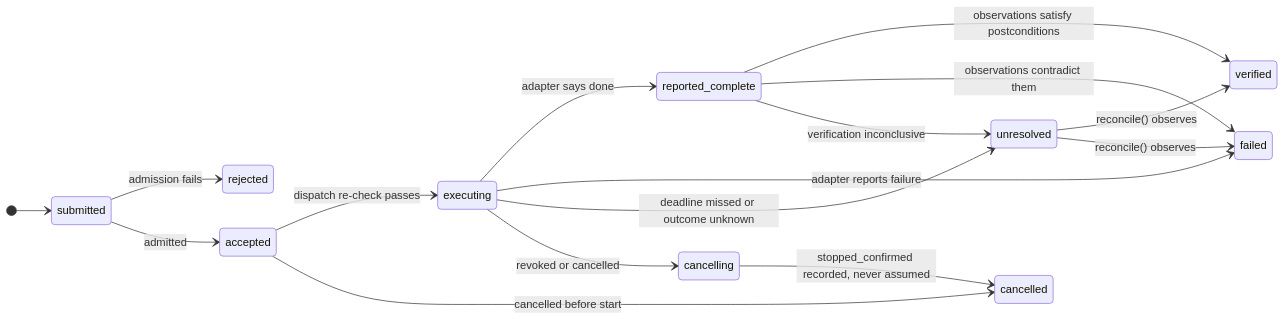
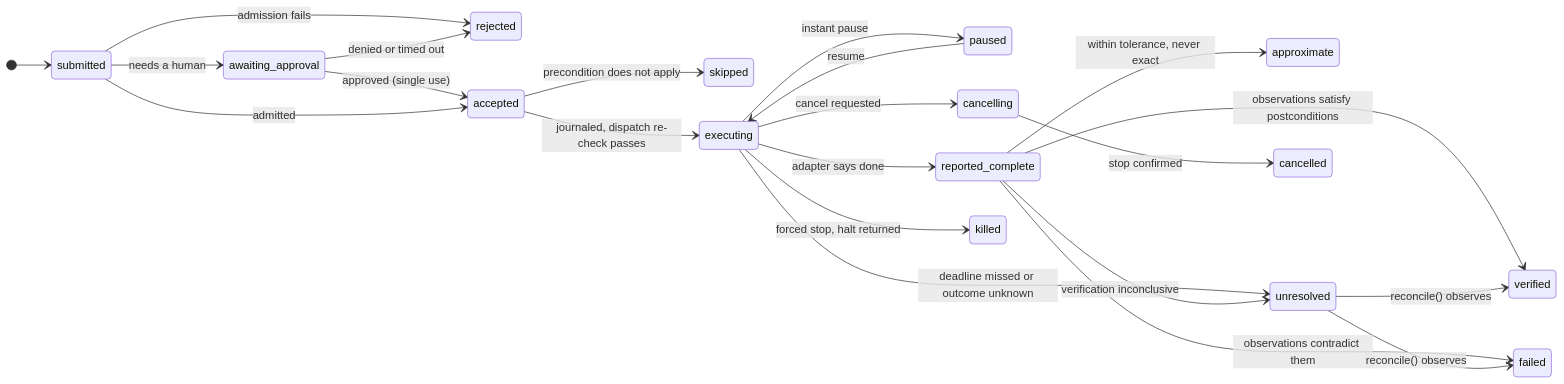
The second of 3 diagrams in README.md (aroun-coumar/AIR), drawn with Mermaid before and after one commit. The commit also changed other lines of this file, not shown here.

````diff
--- a/README.md
+++ b/README.md
@@ -141,19 +199,25 @@
 ```mermaid
 stateDiagram-v2
     direction LR
     [*] --> submitted
     submitted --> rejected: admission fails
+    submitted --> awaiting_approval: needs a human
+    awaiting_approval --> accepted: approved (single use)
+    awaiting_approval --> rejected: denied or timed out
     submitted --> accepted: admitted
-    accepted --> executing: dispatch re-check passes
-    accepted --> cancelled: cancelled before start
+    accepted --> skipped: precondition does not apply
+    accepted --> executing: journaled, dispatch re-check passes
+    executing --> paused: instant pause
+    paused --> executing: resume
     executing --> reported_complete: adapter says done
-    executing --> failed: adapter reports failure
     reported_complete --> verified: observations satisfy postconditions
+    reported_complete --> approximate: within tolerance, never exact
     reported_complete --> failed: observations contradict them
     executing --> unresolved: deadline missed or outcome unknown
     reported_complete --> unresolved: verification inconclusive
     unresolved --> verified: reconcile() observes
     unresolved --> failed: reconcile() observes
-    executing --> cancelling: revoked or cancelled
-    cancelling --> cancelled: stopped_confirmed recorded, never assumed
+    executing --> cancelling: cancel requested
+    cancelling --> cancelled: stop confirmed
+    executing --> killed: forced stop, halt returned
 ```
````
